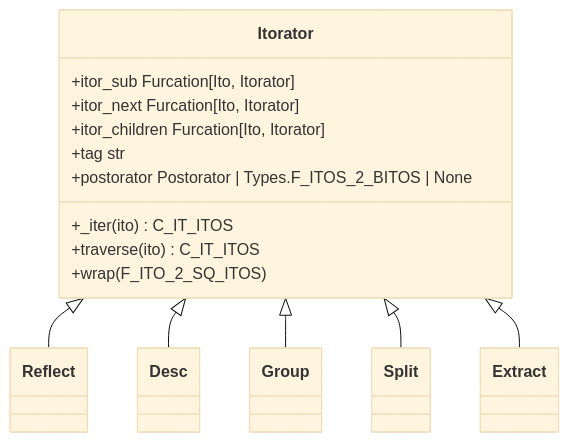
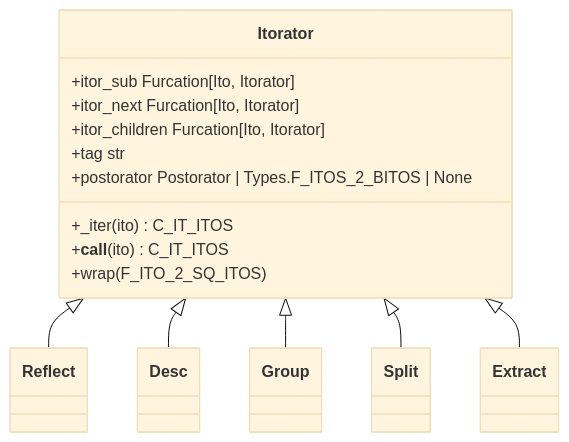
Before and after one commit to rlayers/pawpaw: the first of 10 diagrams in docs/4. Arborform.md, drawn with Mermaid (base theme). The commit also changed other lines of this file, not shown here.

````diff
--- a/docs/4. Arborform.md
+++ b/docs/4. Arborform.md
@@ -43,20 +64,20 @@
 ```mermaid
 classDiagram
   class Itorator{
       +itor_sub Furcation[Ito, Itorator]
       +itor_next Furcation[Ito, Itorator]
       +itor_children Furcation[Ito, Itorator]
       +tag str
       +postorator Postorator | Types.F_ITOS_2_BITOS | None
       +_iter(ito) C_IT_ITOS
-      +traverse(ito) C_IT_ITOS
+      +__call__(ito) C_IT_ITOS
       +wrap(F_ITO_2_SQ_ITOS)
   }
   
   Itorator <|-- Reflect
   Itorator <|-- Desc
   Itorator <|-- Group
   Itorator <|-- Split
   Itorator <|-- Extract
 
 ```
````
